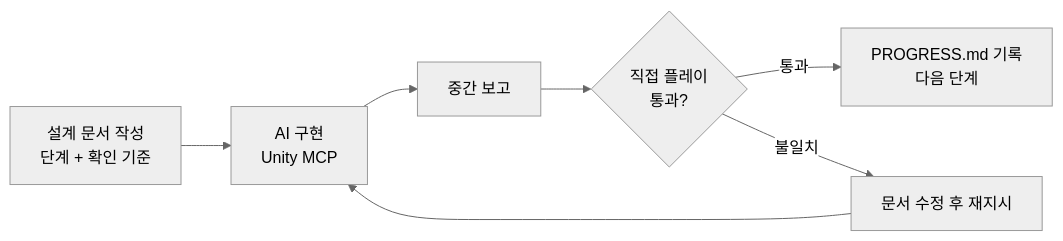
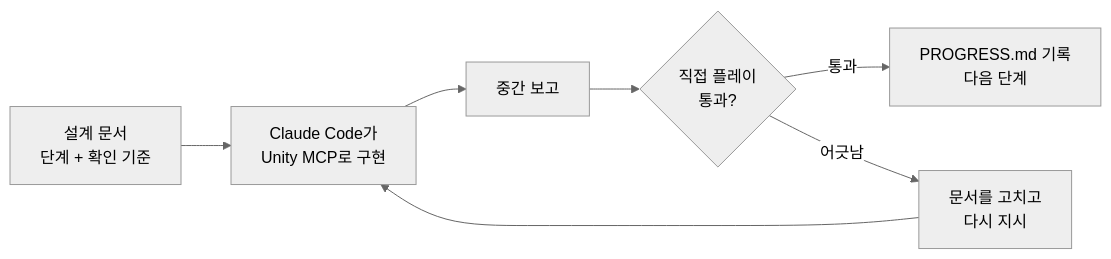
Before and after one commit to Jinyong1232/MCP: the second of 2 diagrams in README.md, drawn with Mermaid (neutral theme). The commit also changed other lines of this file, not shown here.

````diff
--- a/README.md
+++ b/README.md
@@ -168,9 +201,9 @@
 ```mermaid
 flowchart LR
-    A[설계 문서 작성<br/>단계 + 확인 기준] --> B[AI 구현<br/>Unity MCP]
+    A[설계 문서<br/>단계 + 확인 기준] --> B[Claude Code가<br/>Unity MCP로 구현]
     B --> C[중간 보고]
     C --> D{직접 플레이<br/>통과?}
     D -->|통과| E[PROGRESS.md 기록<br/>다음 단계]
-    D -->|불일치| F[문서 수정 후 재지시]
+    D -->|어긋남| F[문서를 고치고<br/>다시 지시]
     F --> B
 ```
````
